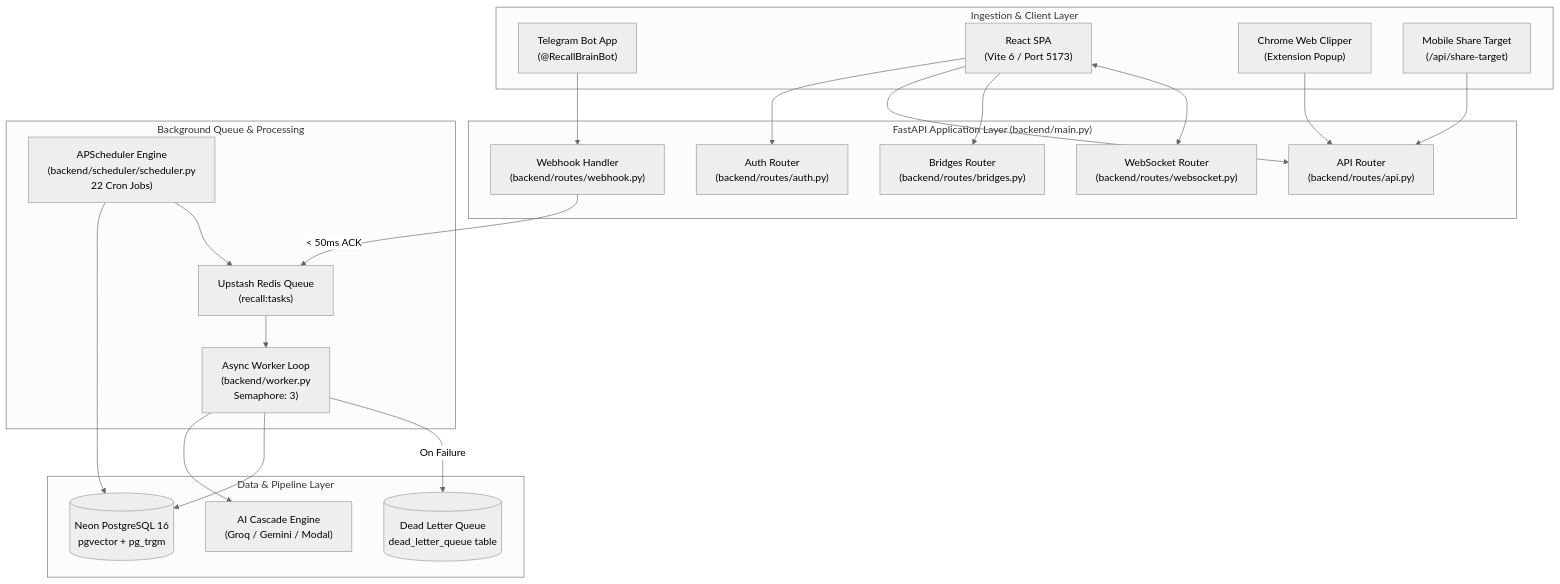
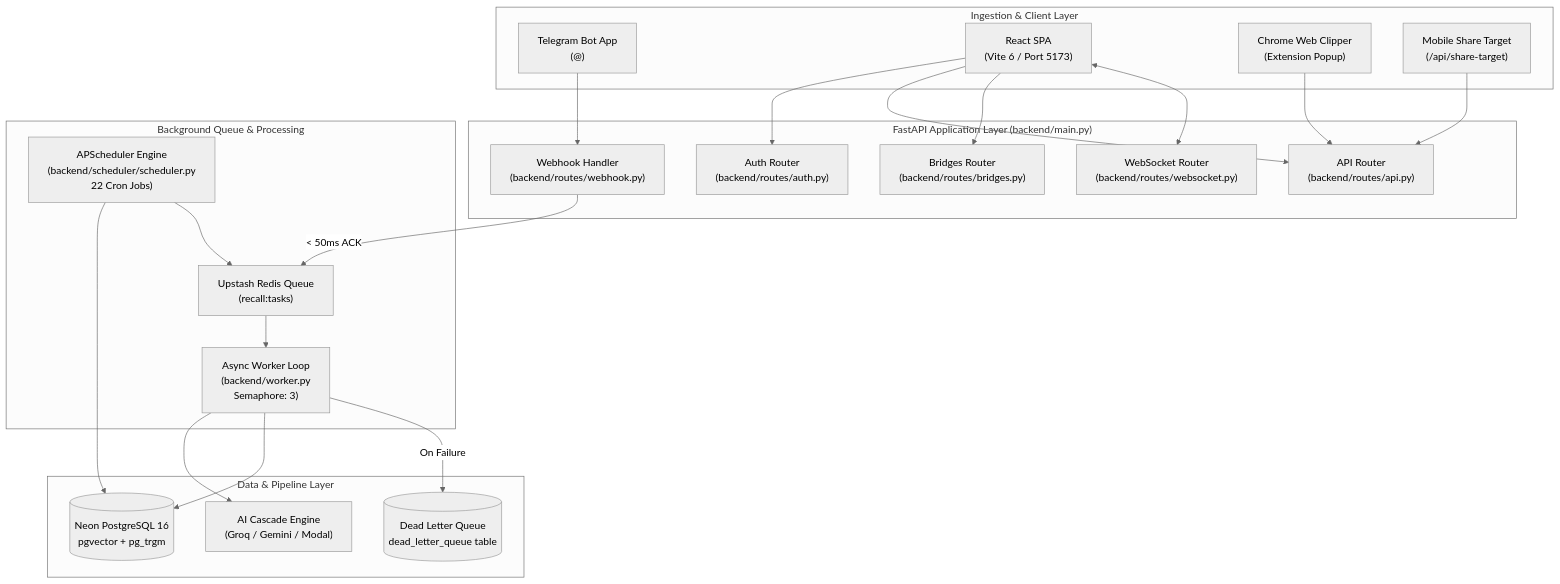
The first of 3 diagrams in docs/DIAGRAMS.md (PriyanshuG27/Atrium), drawn with Mermaid (neutral theme) before and after one commit. The commit also changed 7 other files, not shown here.

Commit message:
fix: replace hardcoded Telegram bot username with configurable placeholder @<YourBotUsername>

````diff
--- a/docs/DIAGRAMS.md
+++ b/docs/DIAGRAMS.md
@@ -13,62 +13,62 @@
 ```mermaid
 flowchart TB
     subgraph Clients["Ingestion & Client Layer"]
         TG["Telegram Bot App
-(@RecallBrainBot)"]
+(@<YourBotUsername>)"]
         WEB["React SPA
 (Vite 6 / Port 5173)"]
         EXT["Chrome Web Clipper
 (Extension Popup)"]
         SHARE["Mobile Share Target
 (/api/share-target)"]
     end
 
     subgraph API["FastAPI Application Layer (backend/main.py)"]
         AUTH["Auth Router
 (backend/routes/auth.py)"]
         ITEMS["API Router
 (backend/routes/api.py)"]
         BRIDGES["Bridges Router
 (backend/routes/bridges.py)"]
         HOOK["Webhook Handler
 (backend/routes/webhook.py)"]
         WS["WebSocket Router
 (backend/routes/websocket.py)"]
     end
 
     subgraph Workers["Background Queue & Processing"]
         REDIS["Upstash Redis Queue
 (recall:tasks)"]
         WORKER["Async Worker Loop
 (backend/worker.py
 Semaphore: 3)"]
         SCHED["APScheduler Engine
 (backend/scheduler/scheduler.py
 22 Cron Jobs)"]
     end
 
     subgraph Storage["Data & Pipeline Layer"]
         DB[(Neon PostgreSQL 16
 pgvector + pg_trgm)]
         DLQ[(Dead Letter Queue
 dead_letter_queue table)]
         AI["AI Cascade Engine
 (Groq / Gemini / Modal)"]
     end
 
     TG --> HOOK
     WEB --> AUTH
     WEB --> ITEMS
     WEB --> BRIDGES
     WEB <--> WS
     EXT --> ITEMS
     SHARE --> ITEMS
 
     HOOK -- "< 50ms ACK" --> REDIS
     REDIS --> WORKER
     WORKER --> AI
     WORKER --> DB
     WORKER -- "On Failure" --> DLQ
     SCHED --> DB
     SCHED --> REDIS
 ```
````
